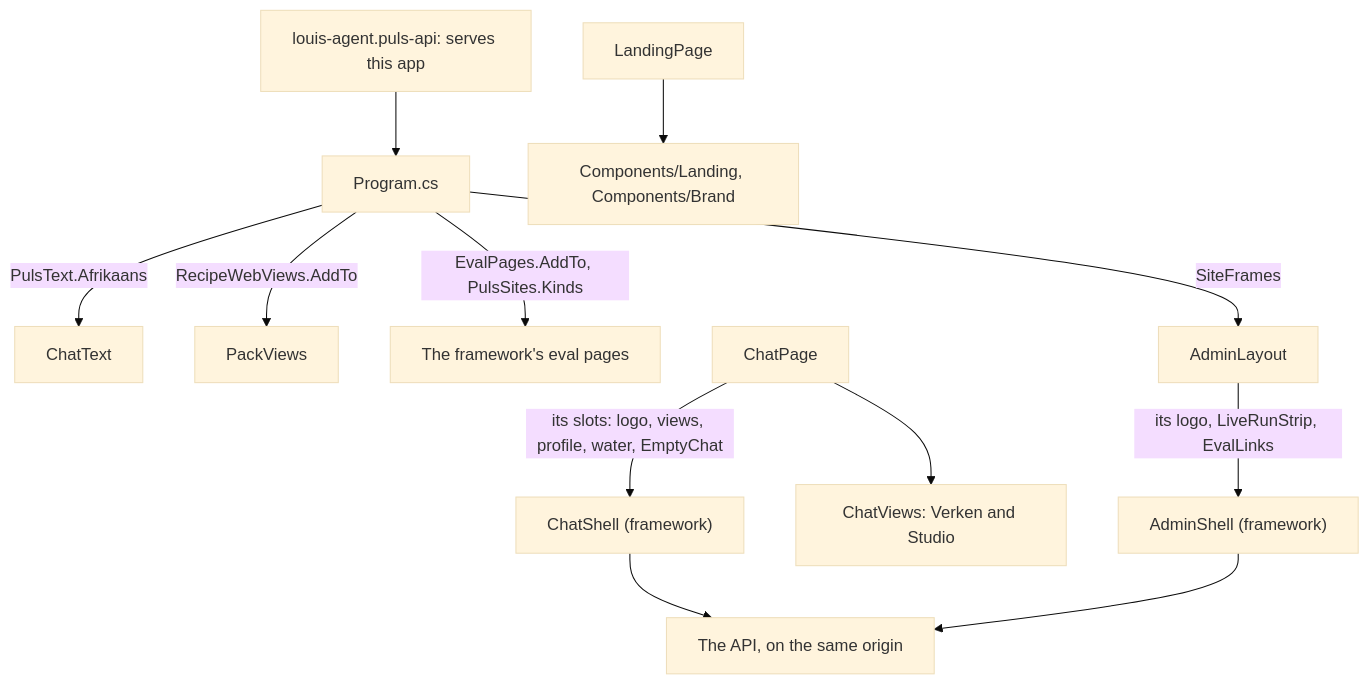
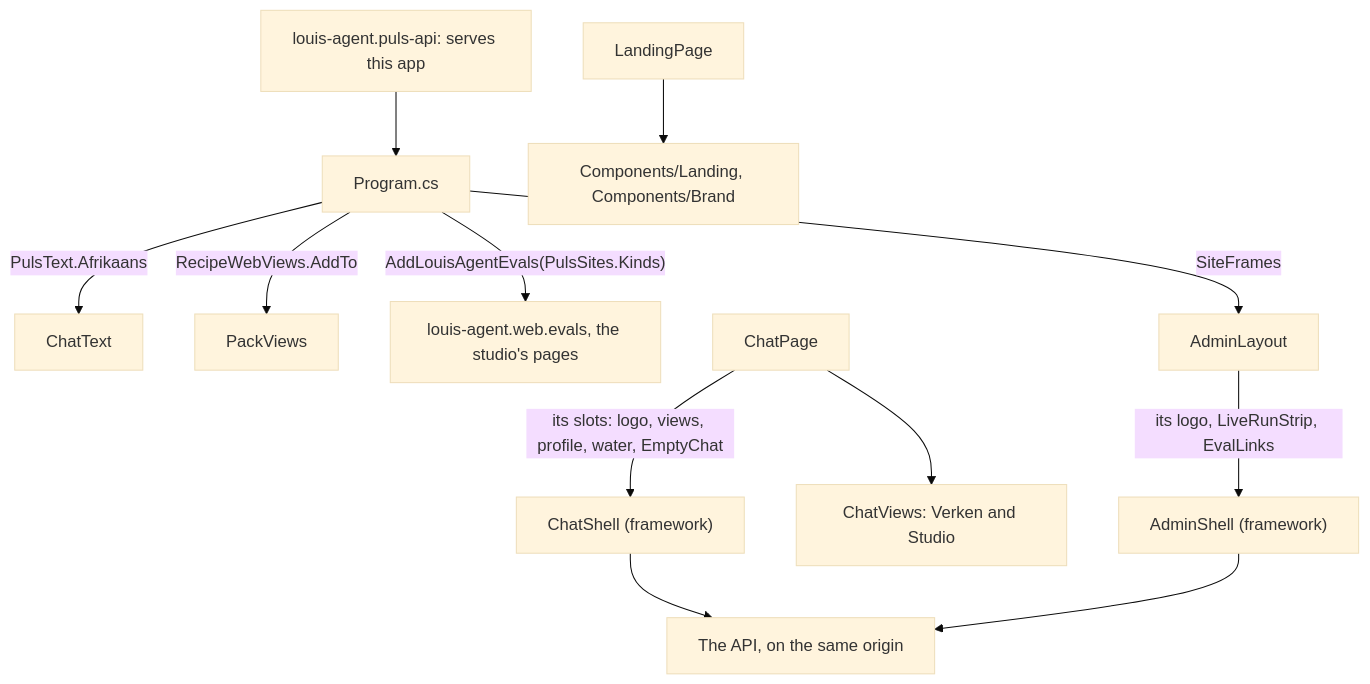
One commit to bosbevk/louis-agent changed the first of 2 diagrams in demos/puls/docs/projects/louis-agent.puls.md. Above: the diagram before and after it, drawn with Mermaid (base theme). The commit also changed 22 other files, not shown here.

````diff
--- a/demos/puls/docs/projects/louis-agent.puls.md
+++ b/demos/puls/docs/projects/louis-agent.puls.md
@@ -41,14 +41,14 @@
 ```mermaid
 flowchart TD
     api["louis-agent.puls-api: serves this app"] --> program["Program.cs"]
     program -->|"PulsText.Afrikaans"| text["ChatText"]
     program -->|"RecipeWebViews.AddTo"| views["PackViews"]
-    program -->|"EvalPages.AddTo, PulsSites.Kinds"| evals["The framework's eval pages"]
+    program -->|"AddLouisAgentEvals(PulsSites.Kinds)"| evals["louis-agent.web.evals, the studio's pages"]
     program -->|"SiteFrames"| layout["AdminLayout"]
     landing["LandingPage"] --> sections["Components/Landing, Components/Brand"]
     chat["ChatPage"] -->|"its slots: logo, views, profile, water, EmptyChat"| shell["ChatShell (framework)"]
     chat --> panels["ChatViews: Verken and Studio"]
     layout -->|"its logo, LiveRunStrip, EvalLinks"| admin["AdminShell (framework)"]
     shell --> server["The API, on the same origin"]
     admin --> server
 ```
````
